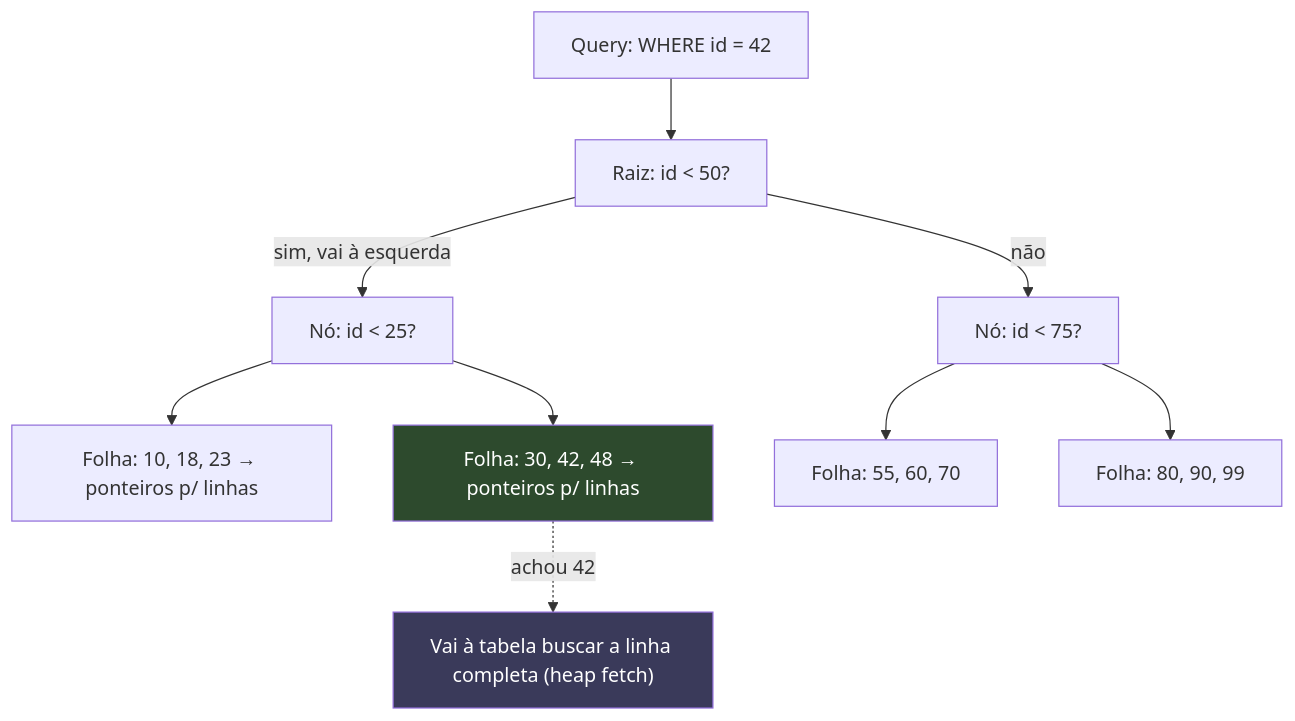
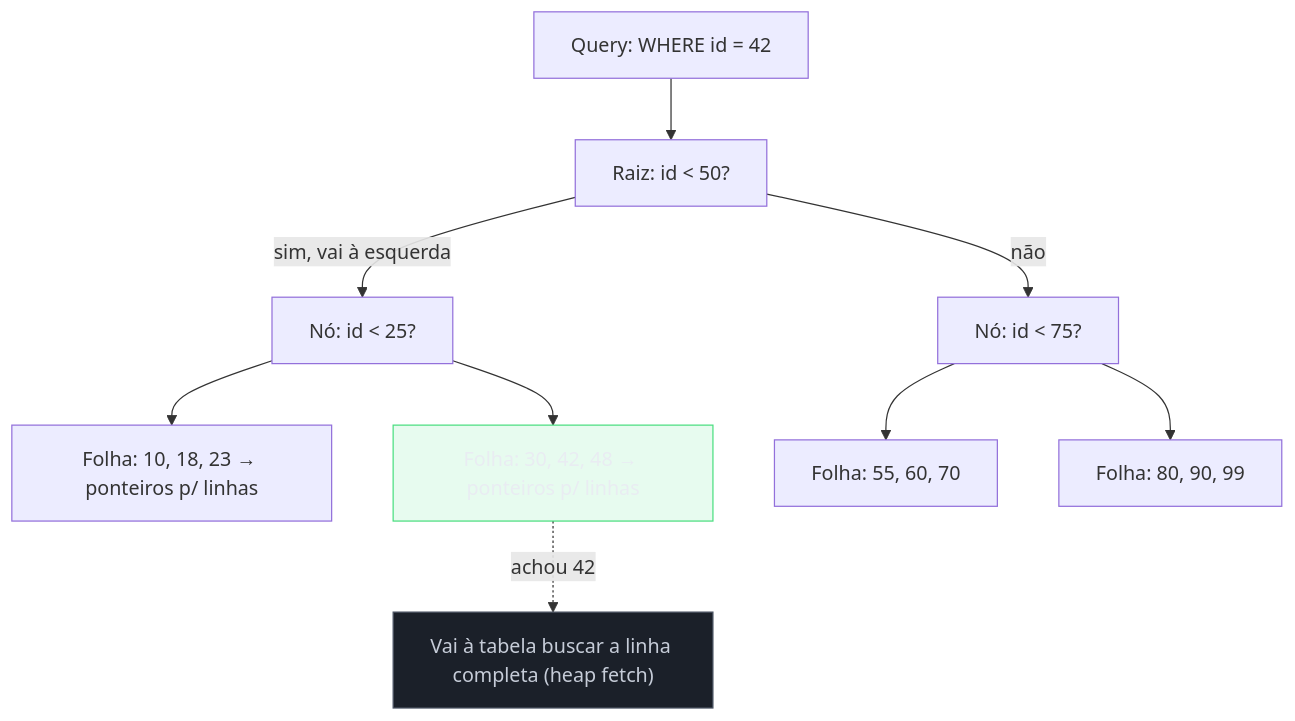
Before and after one commit to josenaldo/codex-technomanticus: the first of 4 diagrams in 03-Dominios/Ciência/Banco de Dados/07 - Índices.md, drawn with Mermaid. The commit also changed other lines of this file and 1181 other files, not shown here.

First line of the commit message:
fix(diagramas): paleta do sistema no lugar de cor cravada no markdown

````diff
--- a/03-Dominios/Ciência/Banco de Dados/07 - Índices.md
+++ b/03-Dominios/Ciência/Banco de Dados/07 - Índices.md
@@ -40,13 +40,15 @@
 ```mermaid
 flowchart TD
+    classDef ok fill:#4ADE8021,stroke:#4ADE80,color:#E9ECF2
+    classDef neutro fill:#1B2029,stroke:#4E5666,color:#C6CCD8
     Q["Query: WHERE id = 42"] --> R["Raiz: id &lt; 50?"]
     R -->|"sim, vai à esquerda"| N1["Nó: id &lt; 25?"]
     R -->|não| N2["Nó: id &lt; 75?"]
     N1 --> F1["Folha: 10, 18, 23 &rarr; ponteiros p/ linhas"]
     N1 --> F2["Folha: 30, 42, 48 &rarr; ponteiros p/ linhas"]
     N2 --> F3["Folha: 55, 60, 70"]
     N2 --> F4["Folha: 80, 90, 99"]
     F2 -.->|"achou 42"| T["Vai à tabela buscar a linha completa (heap fetch)"]
-    style F2 fill:#2d4a2d,color:#fff
-    style T fill:#3a3a5a,color:#fff
+    class F2 ok
+    class T neutro
 ```
````
